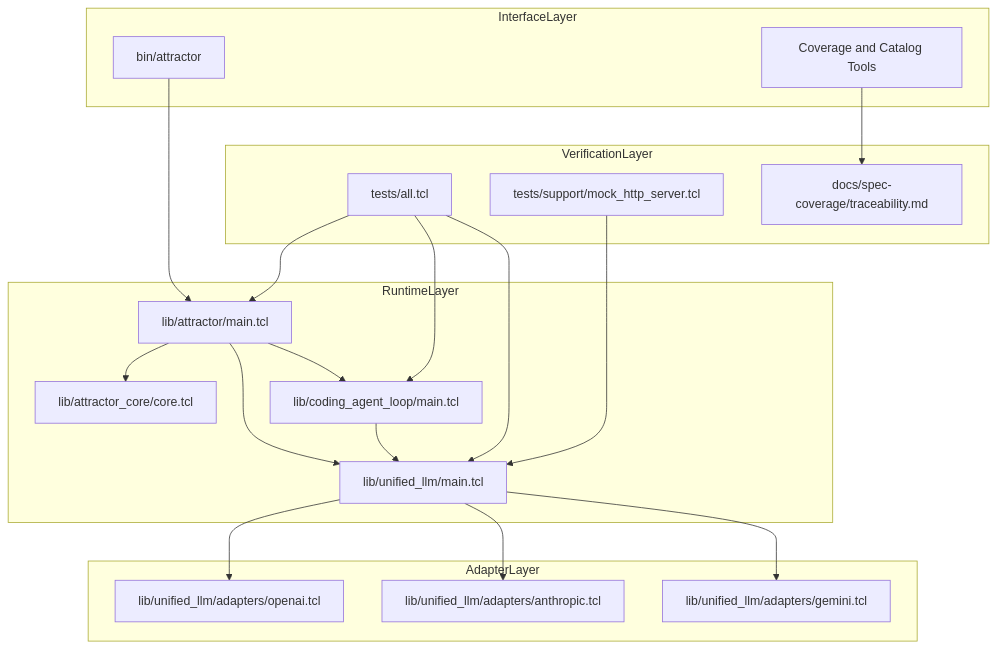
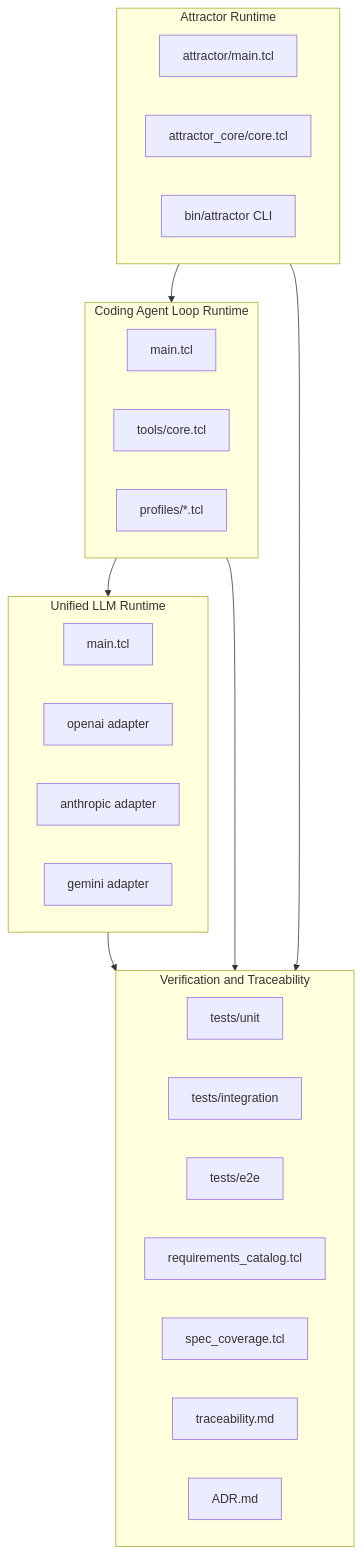
One commit to jaytaylor/attractor-tcl changed the fifth of 5 diagrams in docs/sprints/SPRINT-003-close-spec-parity-tcl.md. Above: the diagram before and after it, drawn with Mermaid. The commit also changed other lines of this file, not shown here.

Commit message:
docs: sync sprint 003 close-spec parity plan with verification evidence

````diff
--- a/docs/sprints/SPRINT-003-close-spec-parity-tcl.md
+++ b/docs/sprints/SPRINT-003-close-spec-parity-tcl.md
@@ -1326,40 +2473,37 @@
 ```mermaid
 flowchart TB
-  subgraph InterfaceLayer
-    CLI[bin/attractor]
-    TOOLS[Coverage and Catalog Tools]
+  subgraph ULLM[Unified LLM Runtime]
+    U1[main.tcl]
+    U2[openai adapter]
+    U3[anthropic adapter]
+    U4[gemini adapter]
   end
 
-  subgraph RuntimeLayer
-    ATR[lib/attractor/main.tcl]
-    CORE[lib/attractor_core/core.tcl]
-    CAL[lib/coding_agent_loop/main.tcl]
-    ULLM[lib/unified_llm/main.tcl]
+  subgraph CAL[Coding Agent Loop Runtime]
+    C1[main.tcl]
+    C2[tools/core.tcl]
+    C3[profiles/*.tcl]
   end
 
-  subgraph AdapterLayer
-    OPENAI[lib/unified_llm/adapters/openai.tcl]
-    ANTHROPIC[lib/unified_llm/adapters/anthropic.tcl]
-    GEMINI[lib/unified_llm/adapters/gemini.tcl]
+  subgraph ATR[Attractor Runtime]
+    A1[attractor/main.tcl]
+    A2[attractor_core/core.tcl]
+    A3[bin/attractor CLI]
   end
 
-  subgraph VerificationLayer
-    TESTS[tests/all.tcl]
-    MOCK[tests/support/mock_http_server.tcl]
-    TRACEFILE[docs/spec-coverage/traceability.md]
+  subgraph QA[Verification and Traceability]
+    Q1[tests/unit]
+    Q2[tests/integration]
+    Q3[tests/e2e]
+    Q4[requirements_catalog.tcl]
+    Q5[spec_coverage.tcl]
+    Q6[traceability.md]
+    Q7[ADR.md]
   end
 
-  CLI --> ATR
-  ATR --> CORE
   ATR --> CAL
-  ATR --> ULLM
   CAL --> ULLM
-  ULLM --> OPENAI
-  ULLM --> ANTHROPIC
-  ULLM --> GEMINI
-  TESTS --> ATR
-  TESTS --> CAL
-  TESTS --> ULLM
-  MOCK --> ULLM
-  TOOLS --> TRACEFILE
+  ULLM --> QA
+  CAL --> QA
+  ATR --> QA
 ```
````
